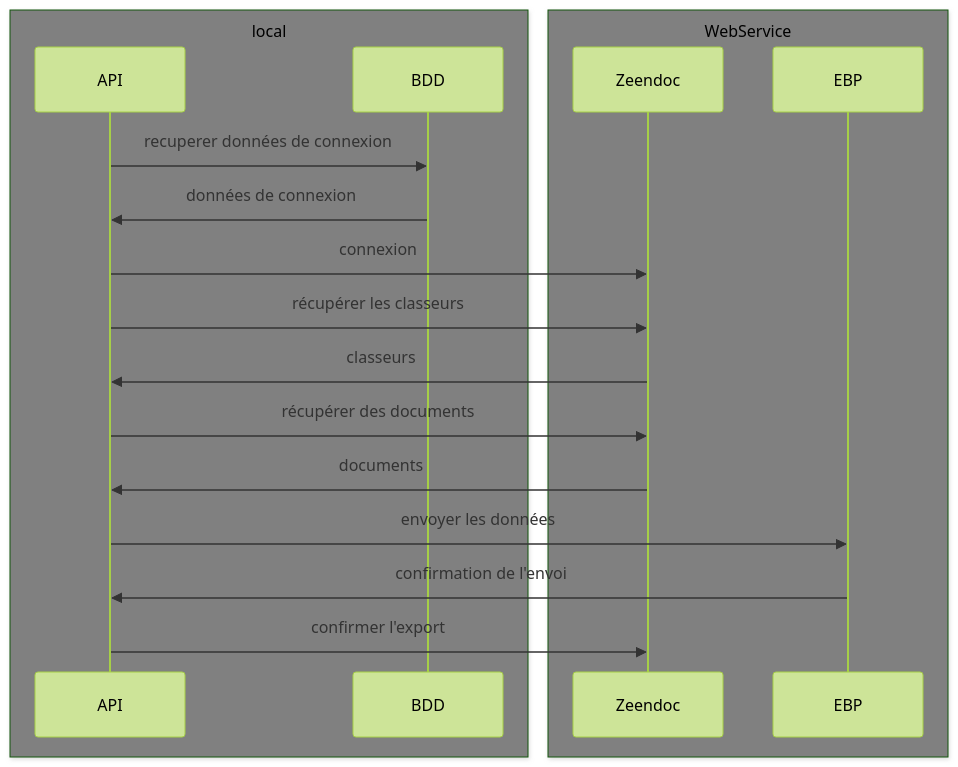
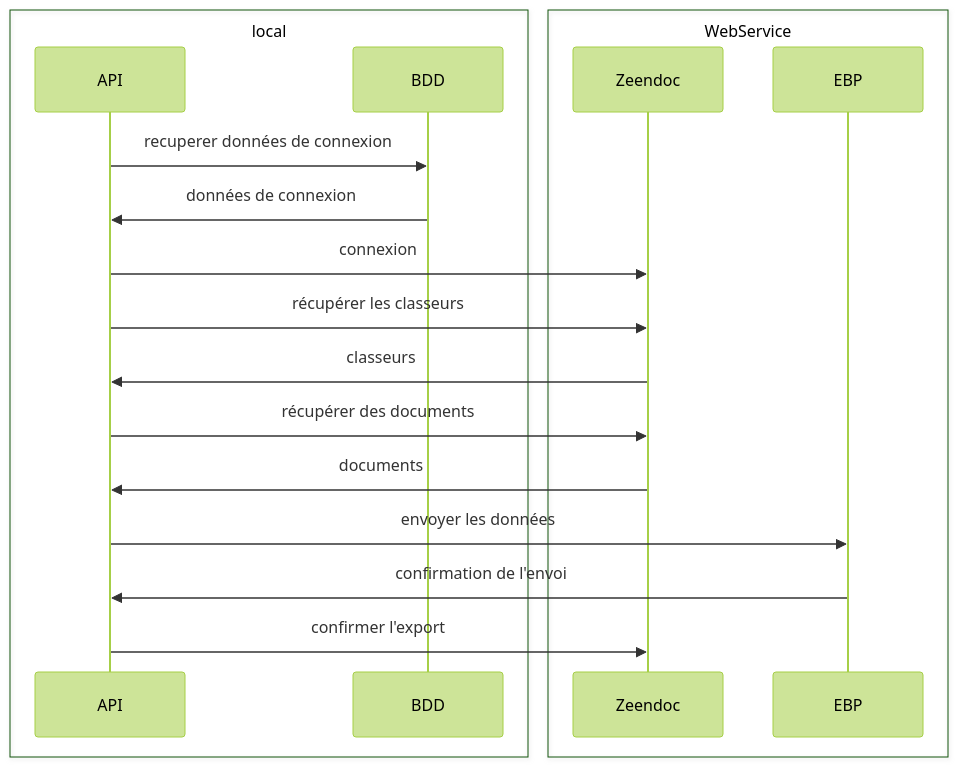
Before and after one commit to Mhivelin/exportBAP: the second of 2 diagrams in README.md, drawn with Mermaid (forest theme).

````diff
--- a/README.md
+++ b/README.md
@@ -24,27 +24,27 @@
 ```mermaid
 sequenceDiagram
 
-box grey local
+box local
 participant API
 participant BDD
 end
 
-box grey WebService
+box WebService
 participant Zeendoc
 participant EBP
 end
 
 
 
 API->>BDD: recuperer données de connexion
 BDD->>API: données de connexion
 API->>Zeendoc: connexion
 API->>Zeendoc: récupérer les classeurs
 Zeendoc->>API: classeurs
 API->>Zeendoc: récupérer des documents
 Zeendoc->>API: documents
 API->>EBP: envoyer les données
 EBP->>API: confirmation de l'envoi
 API->>Zeendoc: confirmer l'export
 
 ```
````
